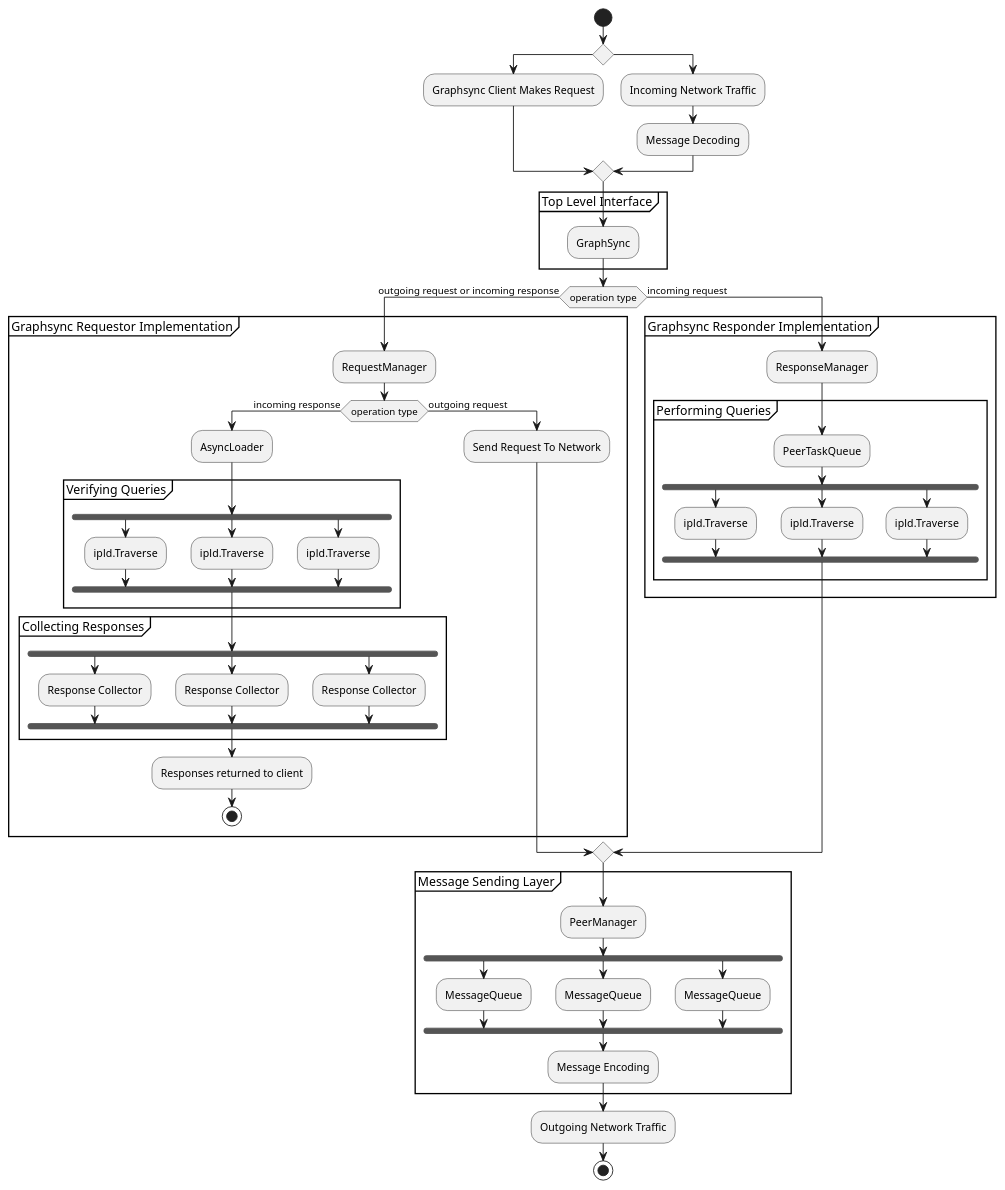
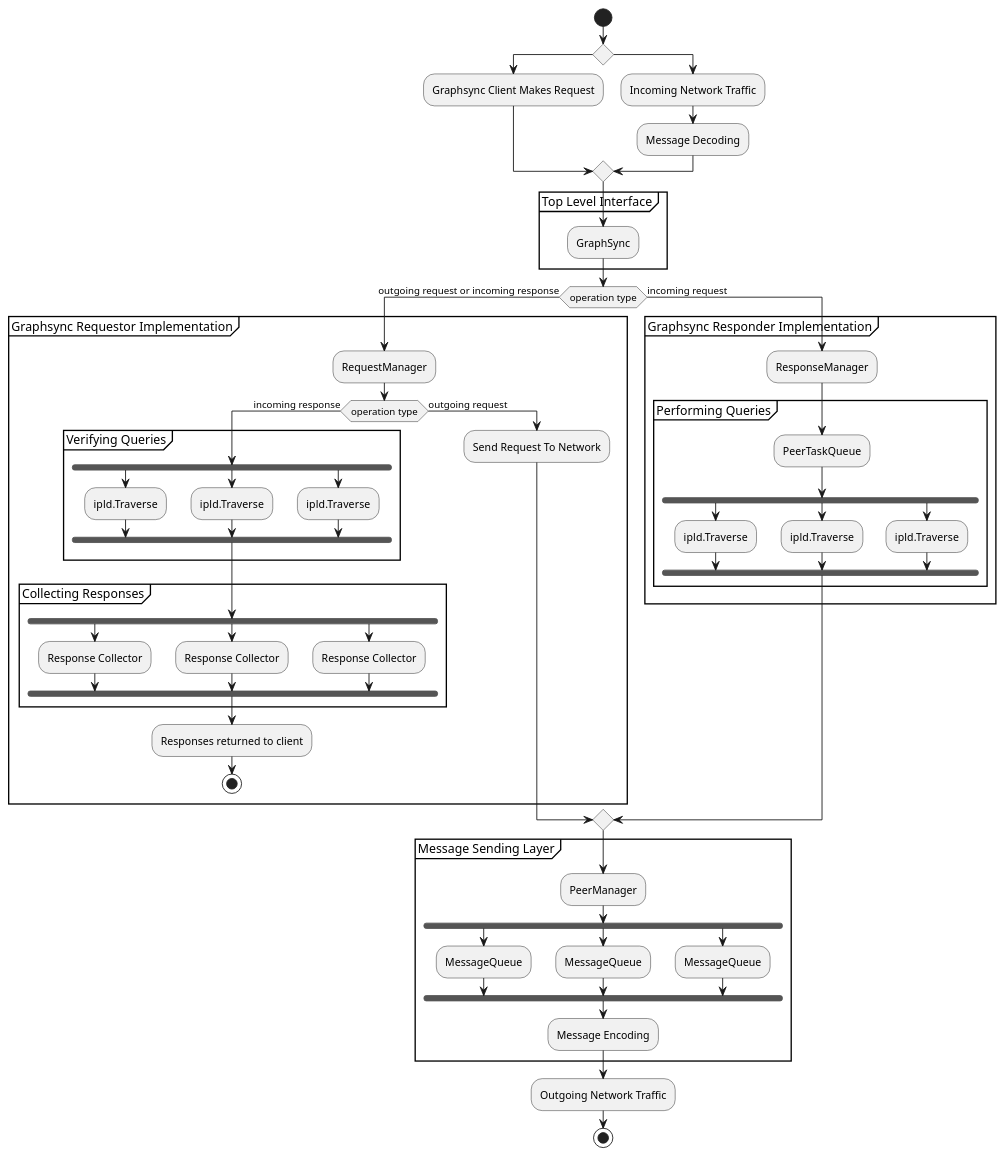
The diagram in docs/processes.puml (ipfs/go-graphsync), drawn with PlantUML before and after one commit. The commit also changed 2 other files, not shown here.

Commit message:
docs(architecture): update to explain actor pattern

```diff
--- a/docs/processes.puml
+++ b/docs/processes.puml
@@ -1,69 +1,68 @@
 @startuml Overview
 start
 if ()
 :Graphsync Client Makes Request;
 else
 :Incoming Network Traffic;
 :Message Decoding;
 endif
 partition "Top Level Interface" {
 :GraphSync;
 }
 if (operation type) then (outgoing request or incoming response)
 partition "Graphsync Requestor Implementation" {
 :RequestManager;
 if (operation type) then (incoming response)
-:AsyncLoader;
 partition "Verifying Queries" {
 fork
 :ipld.Traverse;
 fork again
 :ipld.Traverse;
 fork again
 :ipld.Traverse;
 end fork
 }
 partition "Collecting Responses" {
 fork
 :Response Collector;
 fork again
 :Response Collector;
 fork again
 :Response Collector;
 end fork
 }
 :Responses returned to client;
 stop
 else (outgoing request)
 :Send Request To Network;
 endif
 }
 else (incoming request)
 partition "Graphsync Responder Implementation" {
 :ResponseManager;
 partition "Performing Queries" {
 :PeerTaskQueue;
 fork
 :ipld.Traverse;
 fork again
 :ipld.Traverse;
 fork again
 :ipld.Traverse;
 end fork
 }
 }
 endif
 partition "Message Sending Layer" {
 :PeerManager;
 fork
 :MessageQueue;
 fork again
 :MessageQueue;
 fork again
 :MessageQueue;
 end fork
 :Message Encoding;
 }
 :Outgoing Network Traffic;
 stop
 @enduml
```
